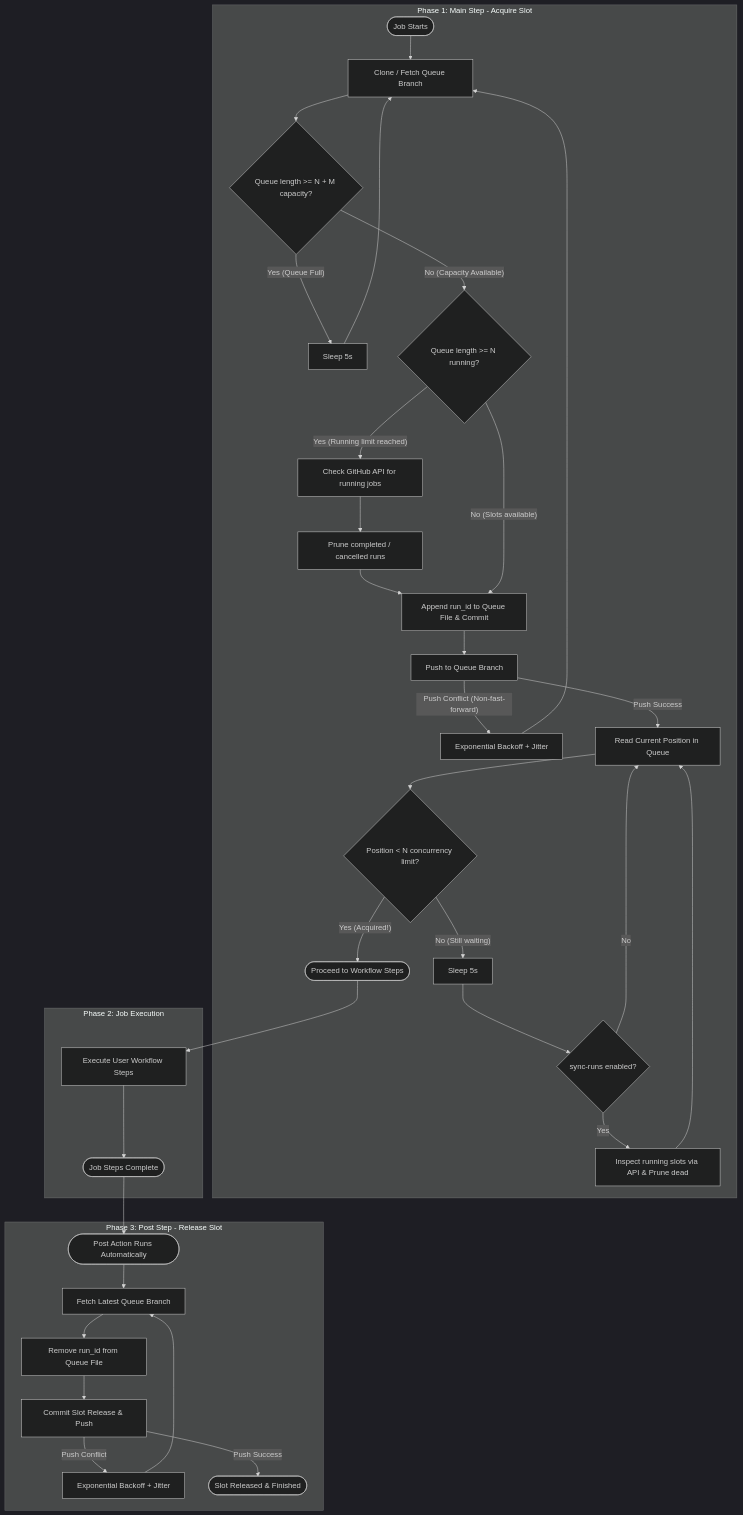
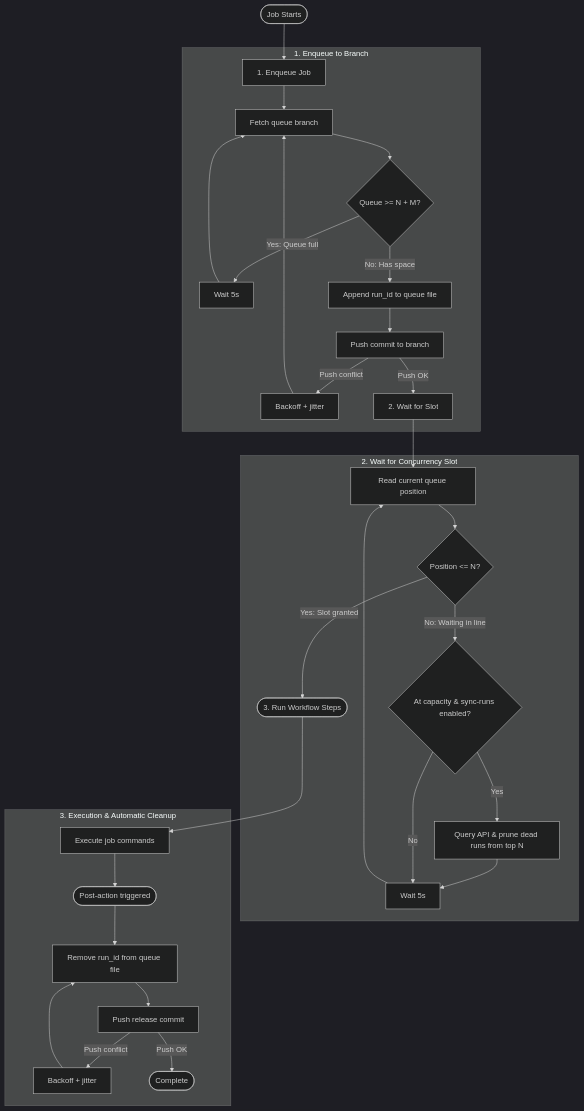
One commit to elastic/oblt-actions changed the first of 2 diagrams in github/queue/README.md. Above: the diagram before and after it, drawn with Mermaid (dark theme).

Commit message:
docs(github/queue): redesign flowchart with clear 3-stage linear pipeline

````diff
--- a/github/queue/README.md
+++ b/github/queue/README.md
@@ -115,40 +115,37 @@
 ```mermaid
 flowchart TD
-    subgraph AcquireSlot["Phase 1: Main Step - Acquire Slot"]
-        A([Job Starts]) --> B[Clone / Fetch Queue Branch]
-        B --> C{Queue length >= N + M capacity?}
-        C -- "Yes (Queue Full)" --> D[Sleep 5s]
-        D --> B
-        C -- "No (Capacity Available)" --> E{Queue length >= N running?}
-        E -- "Yes (Running limit reached)" --> F[Check GitHub API for running jobs]
-        F --> G[Prune completed / cancelled runs]
-        G --> H[Append run_id to Queue File & Commit]
-        E -- "No (Slots available)" --> H
-        H --> I[Push to Queue Branch]
-        I -- "Push Conflict (Non-fast-forward)" --> J[Exponential Backoff + Jitter]
-        J --> B
-        I -- "Push Success" --> K[Read Current Position in Queue]
-        K --> L{Position < N concurrency limit?}
-        L -- "No (Still waiting)" --> M[Sleep 5s]
-        M --> N{sync-runs enabled?}
-        N -- "Yes" --> O[Inspect running slots via API & Prune dead]
-        O --> K
-        N -- "No" --> K
-        L -- "Yes (Acquired!)" --> P([Proceed to Workflow Steps])
+    %% Main Entry
+    Start([Job Starts]) --> Enqueue[1. Enqueue Job]
+
+    %% Enqueue Stage
+    subgraph Step1["1. Enqueue to Branch"]
+        Enqueue --> FetchBranch[Fetch queue branch]
+        FetchBranch --> CheckCap{Queue >= N + M?}
+        CheckCap -- Yes: Queue full --> WaitCap[Wait 5s] --> FetchBranch
+        CheckCap -- No: Has space --> AddToQueue[Append run_id to queue file]
+        AddToQueue --> PushEnqueue[Push commit to branch]
+        PushEnqueue -- Push conflict --> RetryEnqueue[Backoff + jitter] --> FetchBranch
+        PushEnqueue -- Push OK --> WaitSlot[2. Wait for Slot]
     end
 
-    subgraph Execute["Phase 2: Job Execution"]
-        P --> Q[Execute User Workflow Steps]
-        Q --> R([Job Steps Complete])
+    %% Wait Stage
+    subgraph Step2["2. Wait for Concurrency Slot"]
+        WaitSlot --> ReadPos[Read current queue position]
+        ReadPos --> CheckSlot{Position <= N?}
+        CheckSlot -- Yes: Slot granted --> RunSteps([3. Run Workflow Steps])
+        CheckSlot -- No: Waiting in line --> CheckPrune{At capacity & sync-runs enabled?}
+        CheckPrune -- Yes --> PruneDead[Query API & prune dead runs from top N] --> PollWait[Wait 5s]
+        CheckPrune -- No --> PollWait
+        PollWait --> ReadPos
     end
 
-    subgraph ReleaseSlot["Phase 3: Post Step - Release Slot"]
-        R --> S([Post Action Runs Automatically])
-        S --> T[Fetch Latest Queue Branch]
-        T --> U[Remove run_id from Queue File]
-        U --> V[Commit Slot Release & Push]
-        V -- "Push Conflict" --> W[Exponential Backoff + Jitter]
-        W --> T
-        V -- "Push Success" --> X([Slot Released & Finished])
+    %% Execution & Cleanup
+    subgraph Step3["3. Execution & Automatic Cleanup"]
+        RunSteps --> Execute[Execute job commands]
+        Execute --> PostAction([Post-action triggered])
+        PostAction --> RemoveEntry[Remove run_id from queue file]
+        RemoveEntry --> PushRelease[Push release commit]
+        PushRelease -- Push conflict --> RetryRelease[Backoff + jitter] --> RemoveEntry
+        PushRelease -- Push OK --> Done([Complete])
     end
 ```
````
